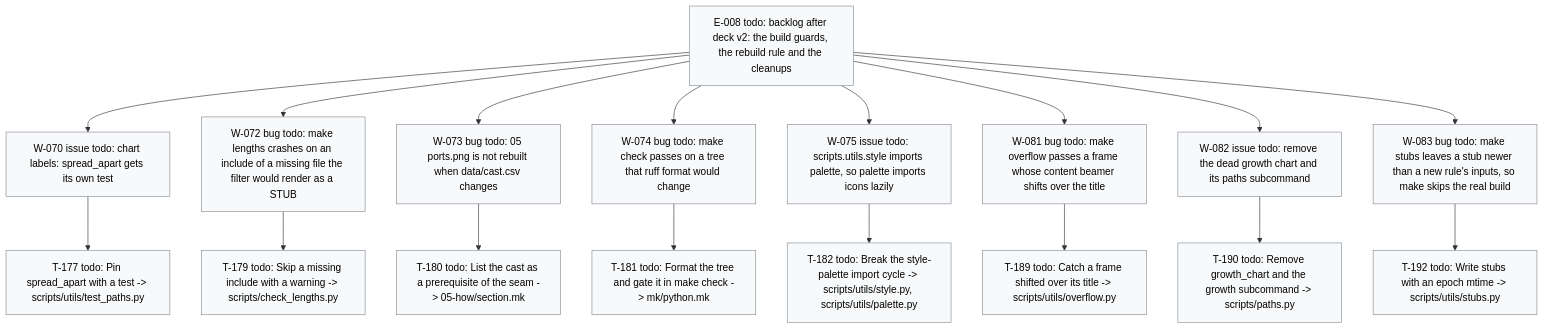
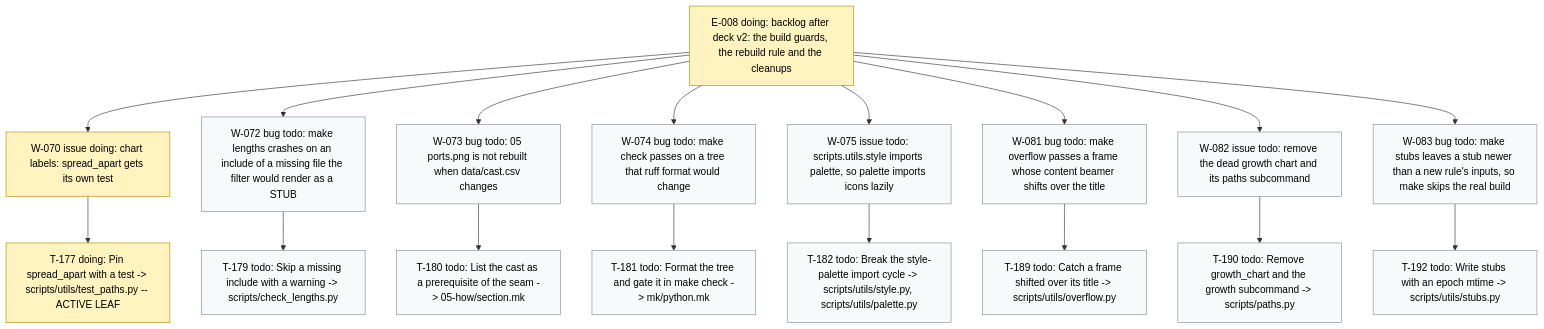
One commit to dpopchev/chaos-to-simple changed the diagram in .board/BOARD.md. Above: the diagram before and after it, drawn with Mermaid. The commit also changed other lines of this file and 3 other files, not shown here.

````diff
--- a/.board/BOARD.md
+++ b/.board/BOARD.md
@@ -485,26 +485,27 @@
 ```mermaid
 flowchart TD
-  E008["E-008 todo: backlog after deck v2: the build guards, the rebuild rule and the cleanups"]
-  E008 --> W070["W-070 issue todo: chart labels: spread_apart gets its own test"]
-  W070 --> T177["T-177 todo: Pin spread_apart with a test -> scripts/utils/test_paths.py"]
+  E008["E-008 doing: backlog after deck v2: the build guards, the rebuild rule and the cleanups"]
+  E008 --> W070["W-070 issue doing: chart labels: spread_apart gets its own test"]
+  W070 --> T177["T-177 doing: Pin spread_apart with a test -> scripts/utils/test_paths.py -- ACTIVE LEAF"]
   E008 --> W072["W-072 bug todo: make lengths crashes on an include of a missing file the filter would render as a STUB"]
   W072 --> T179["T-179 todo: Skip a missing include with a warning -> scripts/check_lengths.py"]
   E008 --> W073["W-073 bug todo: 05 ports.png is not rebuilt when data/cast.csv changes"]
   W073 --> T180["T-180 todo: List the cast as a prerequisite of the seam -> 05-how/section.mk"]
   E008 --> W074["W-074 bug todo: make check passes on a tree that ruff format would change"]
   W074 --> T181["T-181 todo: Format the tree and gate it in make check -> mk/python.mk"]
   E008 --> W075["W-075 issue todo: scripts.utils.style imports palette, so palette imports icons lazily"]
   W075 --> T182["T-182 todo: Break the style-palette import cycle -> scripts/utils/style.py, scripts/utils/palette.py"]
   E008 --> W081["W-081 bug todo: make overflow passes a frame whose content beamer shifts over the title"]
   W081 --> T189["T-189 todo: Catch a frame shifted over its title -> scripts/utils/overflow.py"]
   E008 --> W082["W-082 issue todo: remove the dead growth chart and its paths subcommand"]
   W082 --> T190["T-190 todo: Remove growth_chart and the growth subcommand -> scripts/paths.py"]
   E008 --> W083["W-083 bug todo: make stubs leaves a stub newer than a new rule's inputs, so make skips the real build"]
   W083 --> T192["T-192 todo: Write stubs with an epoch mtime -> scripts/utils/stubs.py"]
   classDef doing fill:#fff3bf,stroke:#b58900,color:#000;
   classDef blocked fill:#ffe3e3,stroke:#c92a2a,color:#000;
   classDef done fill:#e6ffed,stroke:#2b8a3e,color:#000;
   classDef todo fill:#f8f9fa,stroke:#868e96,color:#000;
   classDef pruned fill:#f1f3f5,stroke:#adb5bd,color:#000;
-  class E008,W070,T177,W072,T179,W073,T180,W074,T181,W075,T182,W081,T189,W082,T190,W083,T192 todo
+  class E008,W070,T177 doing
+  class W072,T179,W073,T180,W074,T181,W075,T182,W081,T189,W082,T190,W083,T192 todo
 ```
````
